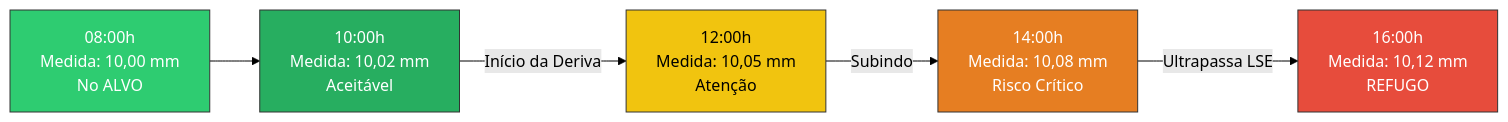
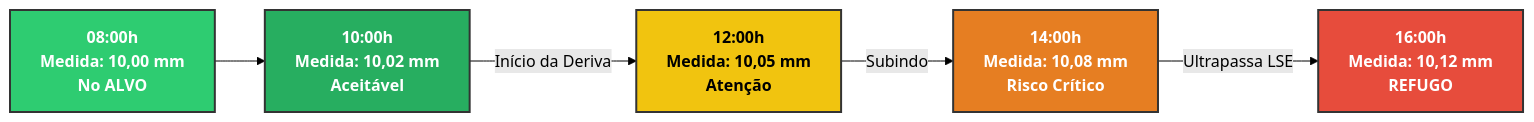
The first of 3 diagrams in chapters/cap1-fundamentos.qmd (rafasfer2/MiningAnalyticsBook), drawn with Mermaid (forest theme) before and after one commit. The commit also changed other lines of this file and 43 other files, not shown here.

````diff
--- a/chapters/cap1-fundamentos.qmd
+++ b/chapters/cap1-fundamentos.qmd
@@ -266,13 +274,17 @@
 ```{mermaid}
+%%| label: fig-deriva-processo
+%%| fig-cap: "Conformidade Dinâmica e a Deriva do Processo"
+
 flowchart LR
-    A["08:00h<br>Medida: 10,00 mm<br>No ALVO"] --> B["10:00h<br>Medida: 10,02 mm<br>Aceitável"]
-    B -->|Início da Deriva| C["12:00h<br>Medida: 10,05 mm<br>Atenção"]
-    C -->|Subindo| D["14:00h<br>Medida: 10,08 mm<br>Risco Crítico"]
-    D -->|Ultrapassa LSE| E["16:00h<br>Medida: 10,12 mm<br>REFUGO"]
+    %% Definição de estilos de alto contraste
+    classDef alvoNode fill:#2ecc71,stroke:#333,stroke-width:2px,color:#ffffff,font-weight:bold
+    classDef okNode fill:#27ae60,stroke:#333,stroke-width:2px,color:#ffffff,font-weight:bold
+    classDef warnNode fill:#f1c40f,stroke:#333,stroke-width:2px,color:#000000,font-weight:bold
+    classDef critNode fill:#e67e22,stroke:#333,stroke-width:2px,color:#ffffff,font-weight:bold
+    classDef refugoNode fill:#e74c3c,stroke:#333,stroke-width:2px,color:#ffffff,font-weight:bold
 
-    style A fill:#2ecc71,stroke:#333,color:#fff
-    style B fill:#27ae60,stroke:#333,color:#fff
-    style C fill:#f1c40f,stroke:#333,color:#000
-    style D fill:#e67e22,stroke:#333,color:#fff
-    style E fill:#e74c3c,stroke:#333,color:#fff
+    A["08:00h<br>Medida: 10,00 mm<br>No ALVO"]:::alvoNode --> B["10:00h<br>Medida: 10,02 mm<br>Aceitável"]:::okNode
+    B -->|Início da Deriva| C["12:00h<br>Medida: 10,05 mm<br>Atenção"]:::warnNode
+    C -->|Subindo| D["14:00h<br>Medida: 10,08 mm<br>Risco Crítico"]:::critNode
+    D -->|Ultrapassa LSE| E["16:00h<br>Medida: 10,12 mm<br>REFUGO"]:::refugoNode
 ```
````
